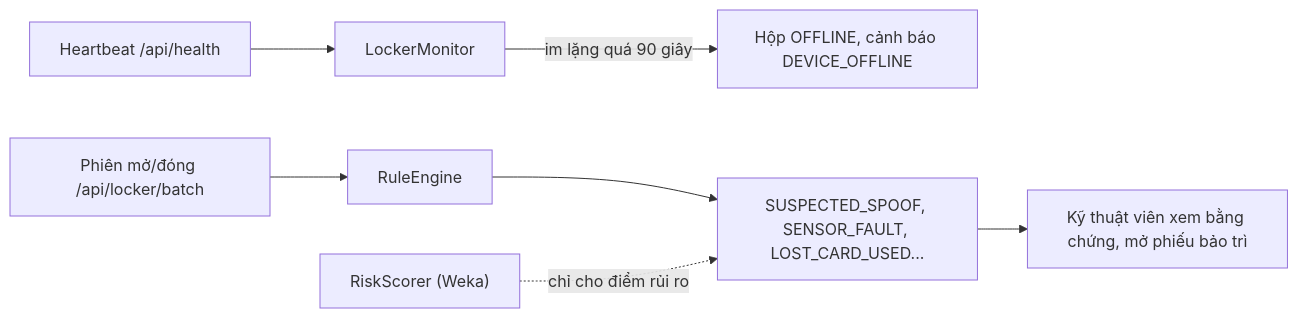
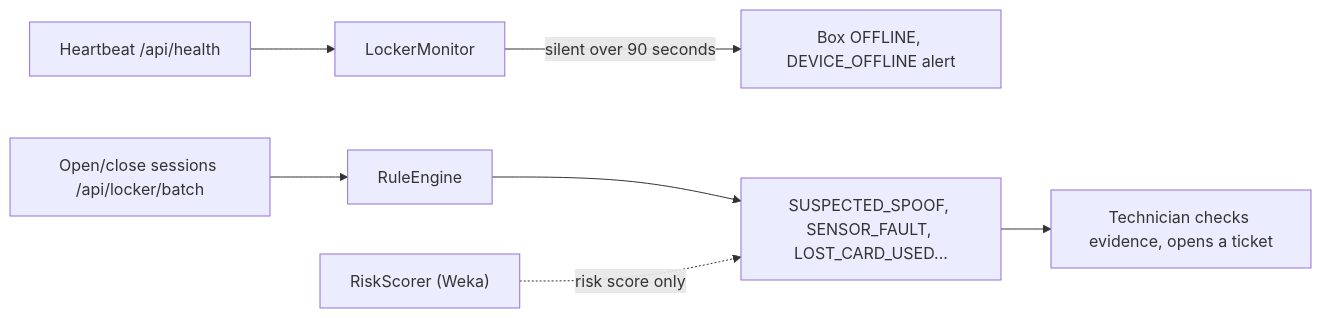
Before and after one commit to HoangDuc1003/SmartLocker: the third of 4 diagrams in README.md, drawn with Mermaid. The commit also changed other lines of this file and 215 other files, not shown here.

````diff
--- a/README.md
+++ b/README.md
@@ -434,9 +467,9 @@
 ```mermaid
 flowchart LR
     HB["Heartbeat /api/health"] --> LM["LockerMonitor"]
-    LM -->|"im lặng quá 90 giây"| OFF["Hộp OFFLINE, cảnh báo DEVICE_OFFLINE"]
-    EV["Phiên mở/đóng /api/locker/batch"] --> RE["RuleEngine"]
+    LM -->|"silent over 90 seconds"| OFF["Box OFFLINE, DEVICE_OFFLINE alert"]
+    EV["Open/close sessions /api/locker/batch"] --> RE["RuleEngine"]
     RE --> AL["SUSPECTED_SPOOF, SENSOR_FAULT, LOST_CARD_USED..."]
-    RS["RiskScorer (Weka)"] -.->|"chỉ cho điểm rủi ro"| AL
-    AL --> T["Kỹ thuật viên xem bằng chứng, mở phiếu bảo trì"]
+    RS["RiskScorer (Weka)"] -.->|"risk score only"| AL
+    AL --> T["Technician checks evidence, opens a ticket"]
 ```
````
